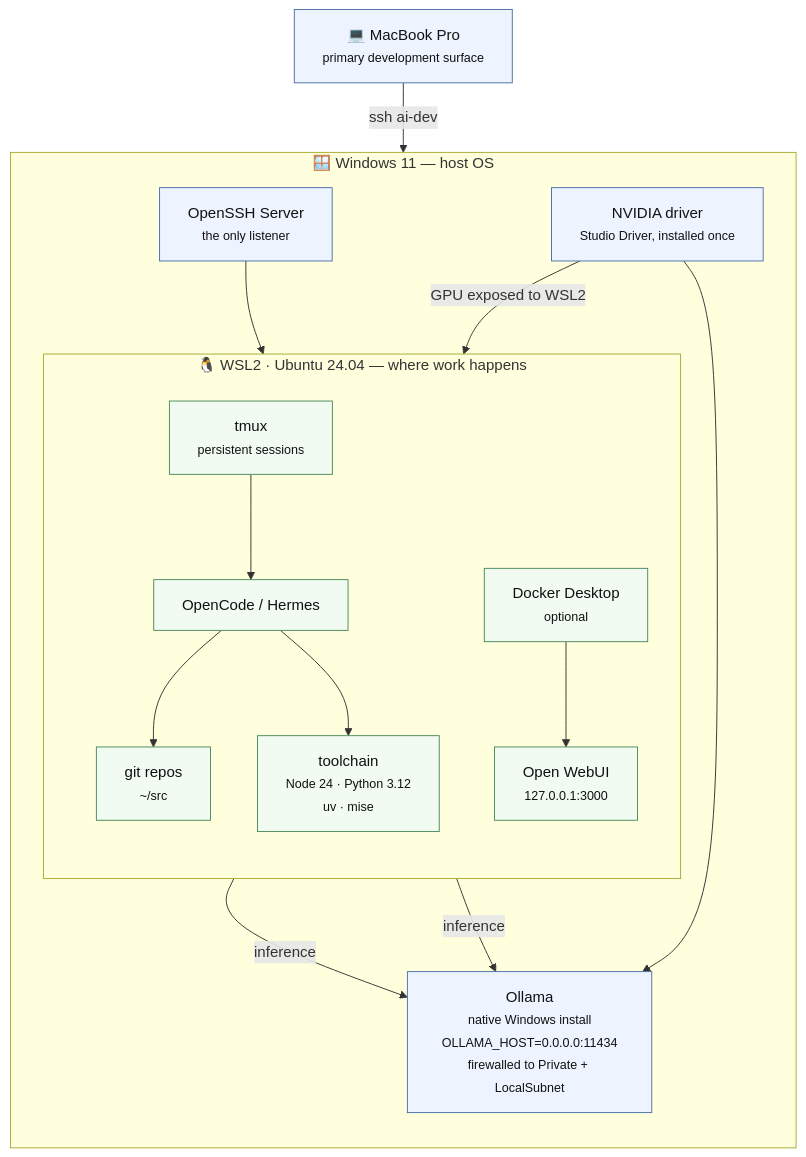
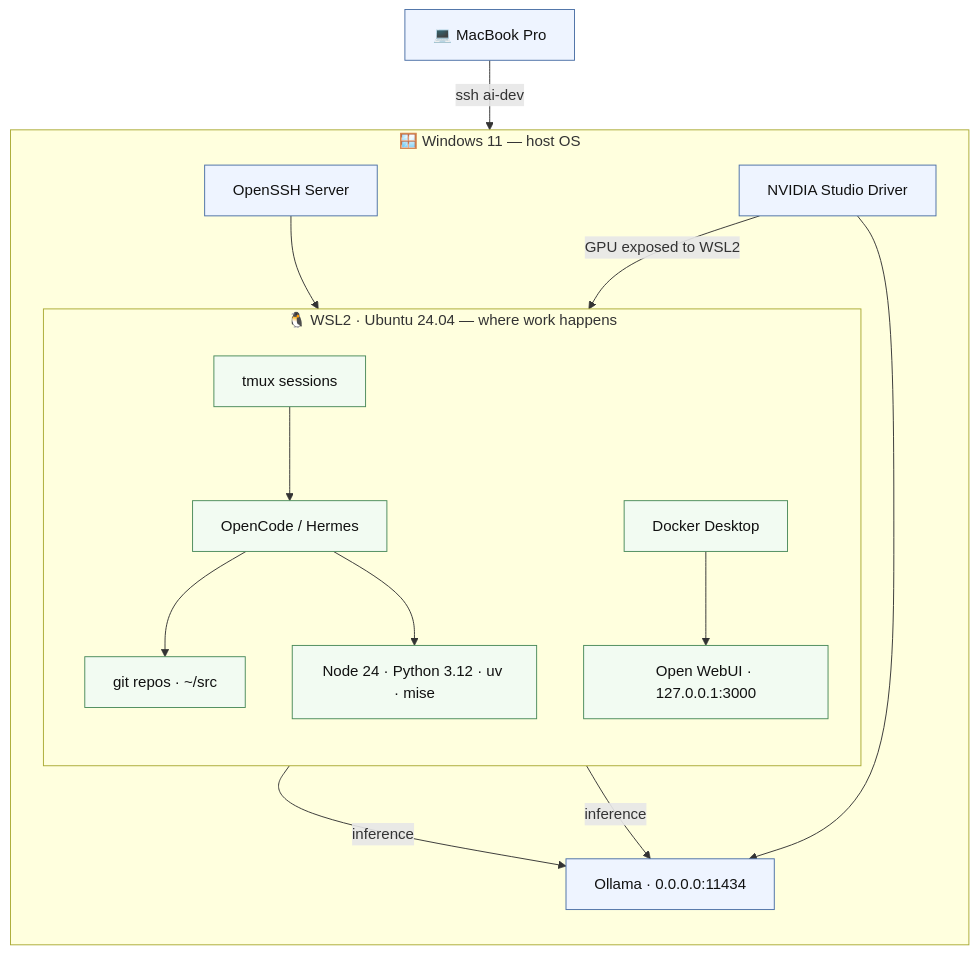
Before and after one commit to beibeiyang/local-ai-workstation: the first of 3 diagrams in docs/architecture.md, drawn with Mermaid. The commit also changed other lines of this file and 1 other file, not shown here.

Commit message:
fix diagram labels

````diff
--- a/docs/architecture.md
+++ b/docs/architecture.md
@@ -22,37 +22,37 @@
 ```mermaid
 flowchart TB
-    mac["💻 MacBook Pro<br/><small>primary development surface</small>"]
+    mac["💻 MacBook Pro"]
 
     subgraph win["🪟 Windows 11 — host OS"]
         direction TB
-        gpu["NVIDIA driver<br/><small>Studio Driver, installed once</small>"]
-        sshd["OpenSSH Server<br/><small>the only listener</small>"]
-        ollama["Ollama<br/><small>native Windows install<br/>OLLAMA_HOST=0.0.0.0:11434<br/>firewalled to Private + LocalSubnet</small>"]
+        gpu["NVIDIA Studio Driver"]
+        sshd["OpenSSH Server"]
+        ollama["Ollama · 0.0.0.0:11434"]
 
         subgraph wsl["🐧 WSL2 · Ubuntu 24.04 — where work happens"]
             direction TB
-            tmux["tmux<br/><small>persistent sessions</small>"]
+            tmux["tmux sessions"]
             agents["OpenCode / Hermes"]
-            repos["git repos<br/><small>~/src</small>"]
-            toolchain["toolchain<br/><small>Node 24 · Python 3.12<br/>uv · mise</small>"]
-            docker["Docker Desktop<br/><small>optional</small>"]
-            webui["Open WebUI<br/><small>127.0.0.1:3000</small>"]
+            repos["git repos · ~/src"]
+            toolchain["Node 24 · Python 3.12 · uv · mise"]
+            docker["Docker Desktop"]
+            webui["Open WebUI · 127.0.0.1:3000"]
         end
     end
 
     mac -- "ssh ai-dev" --> sshd
     sshd --> tmux
     tmux --> agents
     agents --> repos
     agents --> toolchain
     docker --> webui
     gpu -- "GPU exposed to WSL2" --> wsl
     gpu --> ollama
     agents -- "inference" --> ollama
     webui -- "inference" --> ollama
 
     classDef host fill:#eef4ff,stroke:#4a6fa5,color:#111
     classDef guest fill:#f2fbf2,stroke:#4a8a5a,color:#111
     class mac,gpu,sshd,ollama host
     class tmux,agents,repos,toolchain,docker,webui guest
 ```
````
